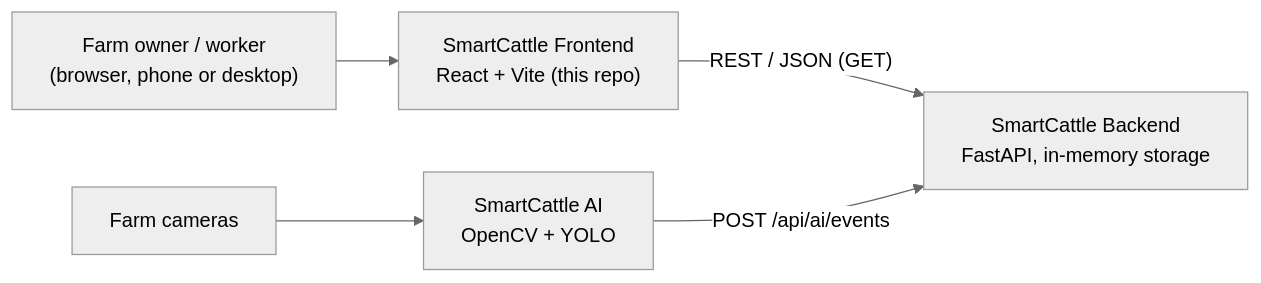
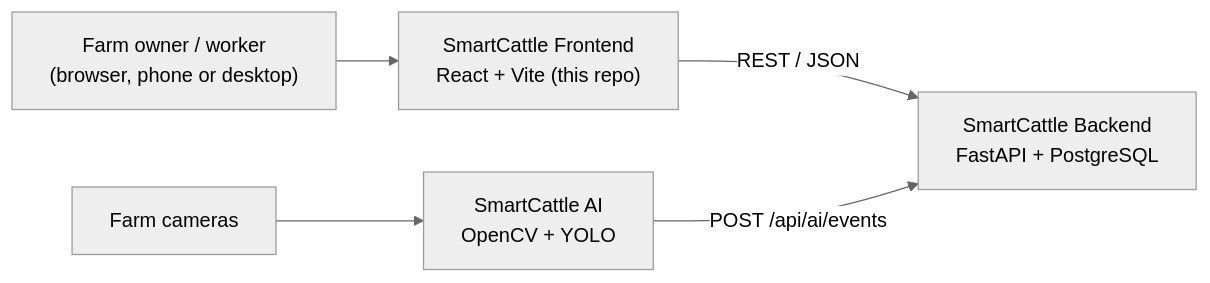
One commit to GUERRREROALEXANDER/fronted-SmartCattle changed the first of 8 diagrams in README.md. Above: the diagram before and after it, drawn with Mermaid (neutral theme). The commit also changed other lines of this file, not shown here.

Commit message:
docs(readme): update the system context to PostgreSQL storage and analysis writes

````diff
--- a/README.md
+++ b/README.md
@@ -104,13 +104,13 @@
 ```mermaid
 flowchart LR
     user["Farm owner / worker<br/>(browser, phone or desktop)"]
     fe["SmartCattle Frontend<br/>React + Vite (this repo)"]
-    be["SmartCattle Backend<br/>FastAPI, in-memory storage"]
+    be["SmartCattle Backend<br/>FastAPI + PostgreSQL"]
     ai["SmartCattle AI<br/>OpenCV + YOLO"]
     cam["Farm cameras"]
 
     user --> fe
-    fe -- "REST / JSON (GET)" --> be
+    fe -- "REST / JSON" --> be
     ai -- "POST /api/ai/events" --> be
     cam --> ai
 ```
````
